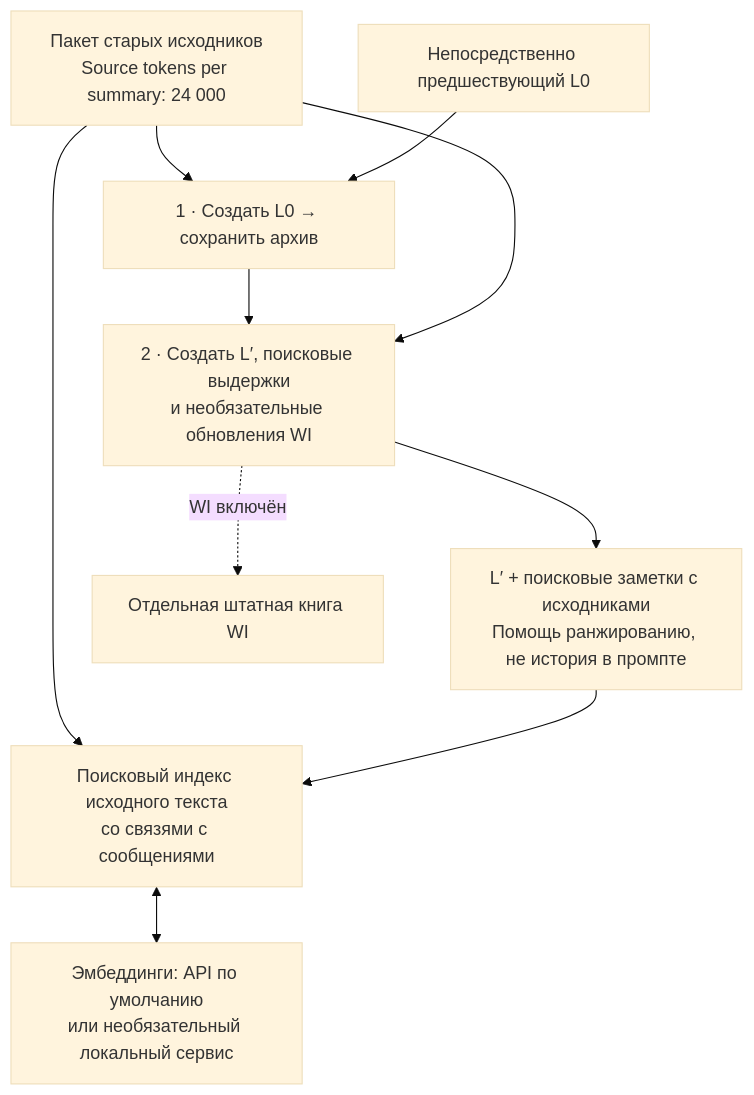
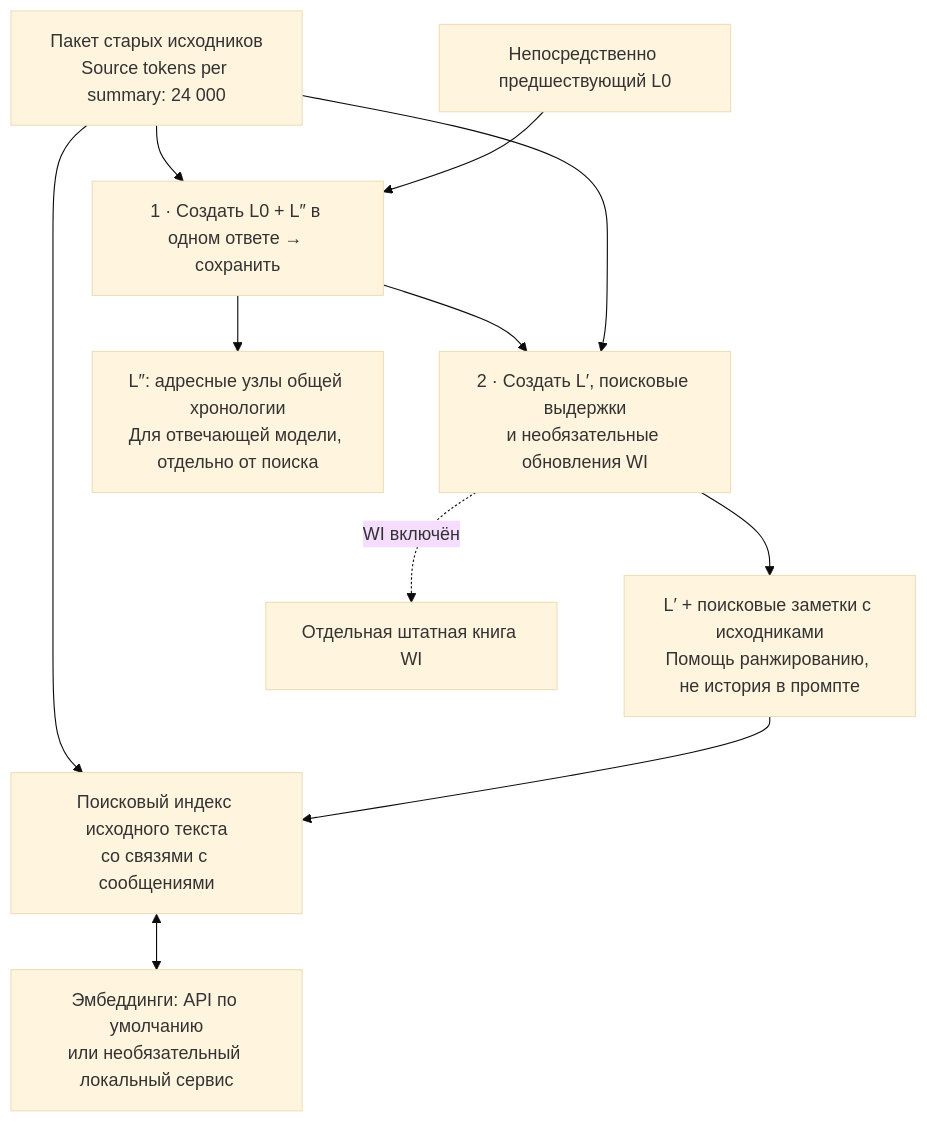
The first of 2 diagrams in README_RU.md (Ilya626/Extension-WorldMemory), drawn with Mermaid (base theme) before and after one commit. The commit also changed other lines of this file and 15 other files, not shown here.

````diff
--- a/README_RU.md
+++ b/README_RU.md
@@ -57,12 +59,13 @@
 ```mermaid
 flowchart TD
-    O["Пакет старых исходников<br/>Source tokens per summary: 24 000"] --> A["1 · Создать L0 → сохранить архив"]
+    O["Пакет старых исходников<br/>Source tokens per summary: 24 000"] --> A["1 · Создать L0 + L″ в одном ответе → сохранить"]
     P["Непосредственно предшествующий L0"] --> A
     A --> B["2 · Создать L′, поисковые выдержки<br/>и необязательные обновления WI"]
+    A --> K["L″: адресные узлы общей хронологии<br/>Для отвечающей модели, отдельно от поиска"]
     O --> B
     B --> N["L′ + поисковые заметки с исходниками<br/>Помощь ранжированию, не история в промпте"]
     O --> I["Поисковый индекс исходного текста<br/>со связями с сообщениями"]
     N --> I
     B -. "WI включён" .-> W["Отдельная штатная книга WI"]
     I <--> E["Эмбеддинги: API по умолчанию<br/>или необязательный локальный сервис"]
 ```
````
